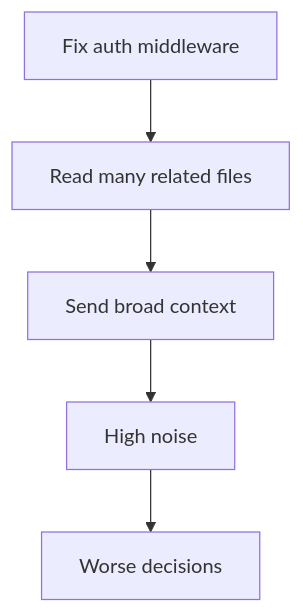
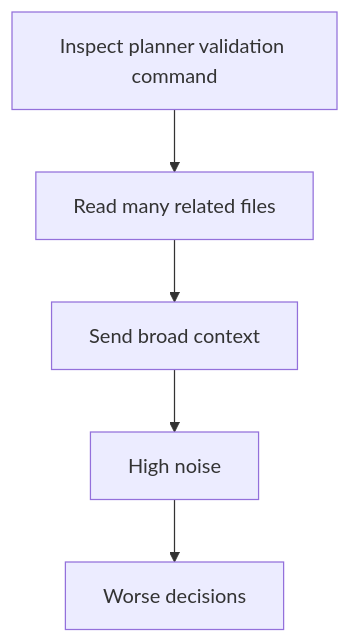
One commit to w1ne/ProjectKitty changed the first of 4 diagrams in docs/articles/ARTICLE_2_READING_CODE.md. Above: the diagram before and after it, drawn with Mermaid. The commit also changed other lines of this file and 4 other files, not shown here.

Commit message:
Finish article 2 intelligence flow

````diff
--- a/docs/articles/ARTICLE_2_READING_CODE.md
+++ b/docs/articles/ARTICLE_2_READING_CODE.md
@@ -26,7 +26,7 @@
 ```mermaid
 flowchart TD
-    A[Fix auth middleware] --> B[Read many related files]
+    A[Inspect planner validation command] --> B[Read many related files]
     B --> C[Send broad context]
     C --> D[High noise]
     D --> E[Worse decisions]
 ```
````
